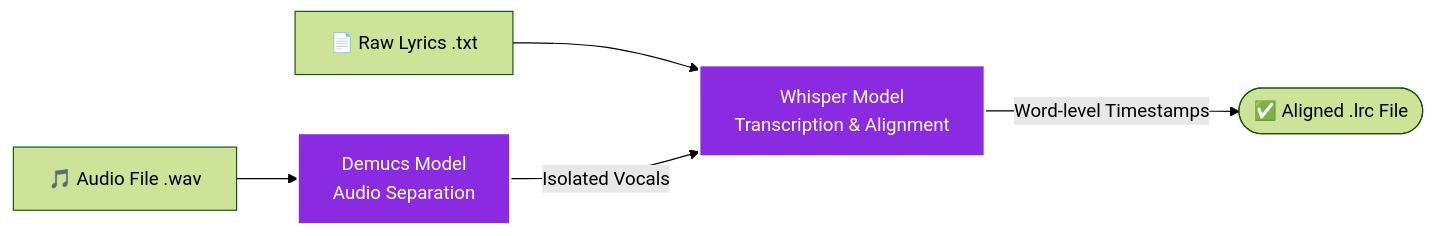
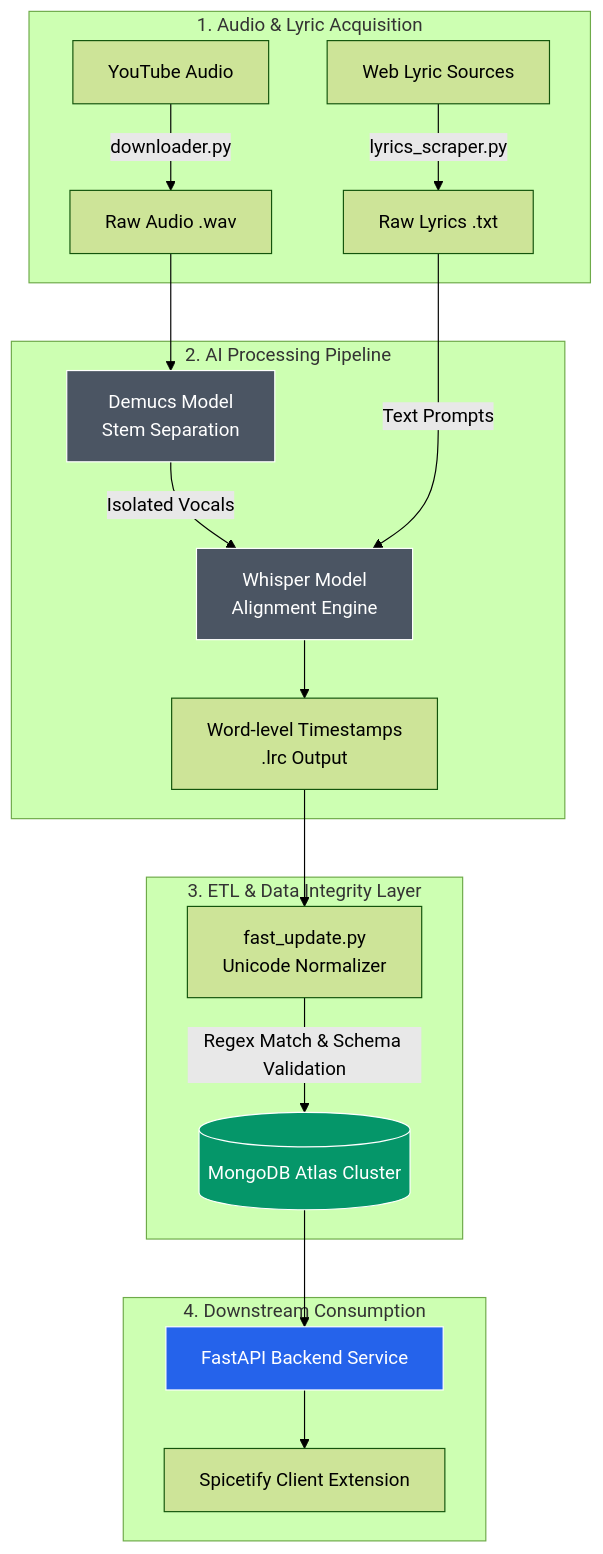
Before and after one commit to KamishiroRio/lyrics-align: the diagram in README.md, drawn with Mermaid (forest theme). The commit also changed other lines of this file, not shown here.

````diff
--- a/README.md
+++ b/README.md
@@ -7,11 +9,29 @@
 ```mermaid
-flowchart LR
-    A[🎵 Audio File .wav] --> C[Demucs Model\nAudio Separation]
-    B[📄 Raw Lyrics .txt] --> D[Whisper Model\nTranscription & Alignment]
-    
-    C -- Isolated Vocals --> D
-    D -- Word-level Timestamps --> E([✅ Aligned .lrc File])
-    
-    style C fill:#8a2be2,color:#fff,stroke:#fff,stroke-width:2px
-    style D fill:#8a2be2,color:#fff,stroke:#fff,stroke-width:2px
+flowchart TD
+    subgraph Ingestion["1. Audio & Lyric Acquisition"]
+        A[YouTube Audio] -->|downloader.py| B[Raw Audio .wav]
+        C[Web Lyric Sources] -->|lyrics_scraper.py| D[Raw Lyrics .txt]
+    end
+
+    subgraph Alignment["2. AI Processing Pipeline"]
+        B --> E[Demucs Model\nStem Separation]
+        E -->|Isolated Vocals| F[Whisper Model\nAlignment Engine]
+        D -->|Text Prompts| F
+        F --> G[Word-level Timestamps\n.lrc Output]
+    end
+
+    subgraph Normalization["3. ETL & Data Integrity Layer"]
+        G --> H[fast_update.py\nUnicode Normalizer]
+        H -->|Regex Match & Schema Validation| I[(MongoDB Atlas Cluster)]
+    end
+
+    subgraph Consumption["4. Downstream Consumption"]
+        I --> J[FastAPI Backend Service]
+        J --> K[Spicetify Client Extension]
+    end
+
+    style E fill:#4b5563,color:#fff,stroke:#fff,stroke-width:1px
+    style F fill:#4b5563,color:#fff,stroke:#fff,stroke-width:1px
+    style I fill:#059669,color:#fff,stroke:#fff,stroke-width:1px
+    style J fill:#2563eb,color:#fff,stroke:#fff,stroke-width:1px
 ```
````
